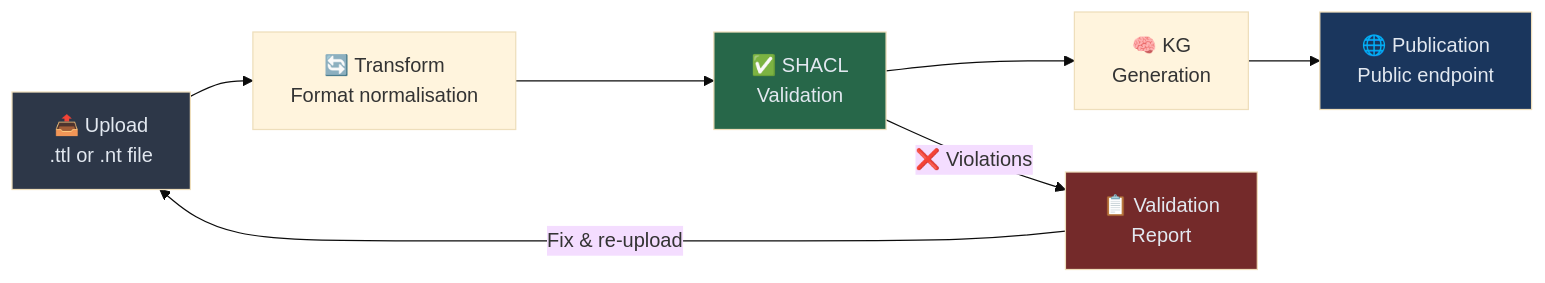
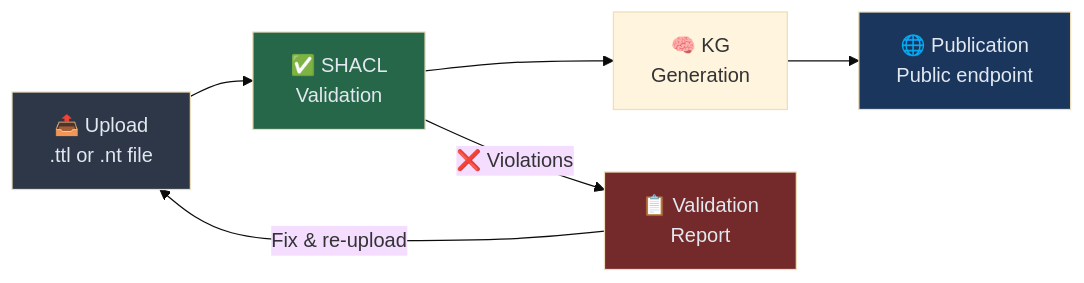
Before and after one commit to Matdata-eu/slides-era-rinf-data-provisioning: the ninth of 9 diagrams in slides.md, drawn with Mermaid (base theme). The commit also changed other lines of this file, not shown here.

````diff
--- a/slides.md
+++ b/slides.md
@@ -2384,15 +2404,14 @@
 ```mermaid
 flowchart LR
-    A["📤 Upload<br/>.ttl or .nt file"] --> B["🔄 Transform<br/>Format normalisation"]
-    B --> C["✅ SHACL<br/>Validation"]
+    A["📤 Upload<br/>.ttl or .nt file"] --> C["✅ SHACL<br/>Validation"]
     C --> D["🧠 KG<br/>Generation"]
     D --> E["🌐 Publication<br/>Public endpoint"]
 
     C -->|"❌ Violations"| F["📋 Validation<br/>Report"]
     F -->|"Fix & re-upload"| A
 
     style A fill:#2d3748,color:#e2e8f0
     style C fill:#276749,color:#e2e8f0
     style E fill:#1a365d,color:#e2e8f0
     style F fill:#742a2a,color:#e2e8f0
 ```
````
